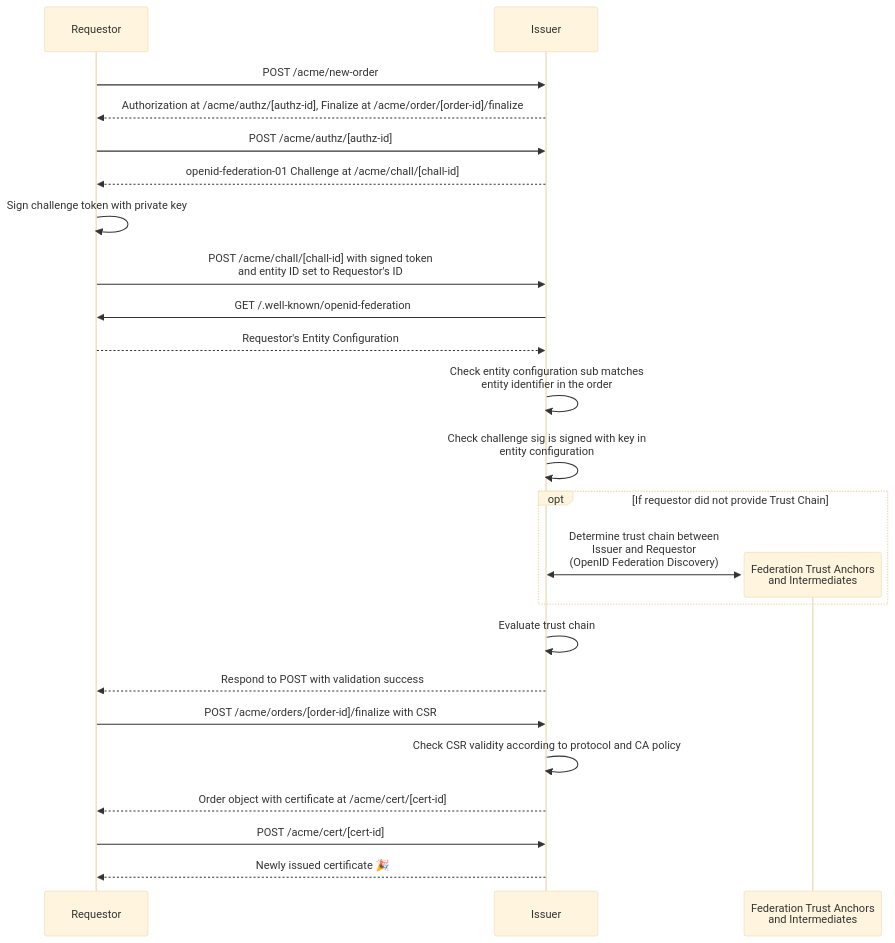
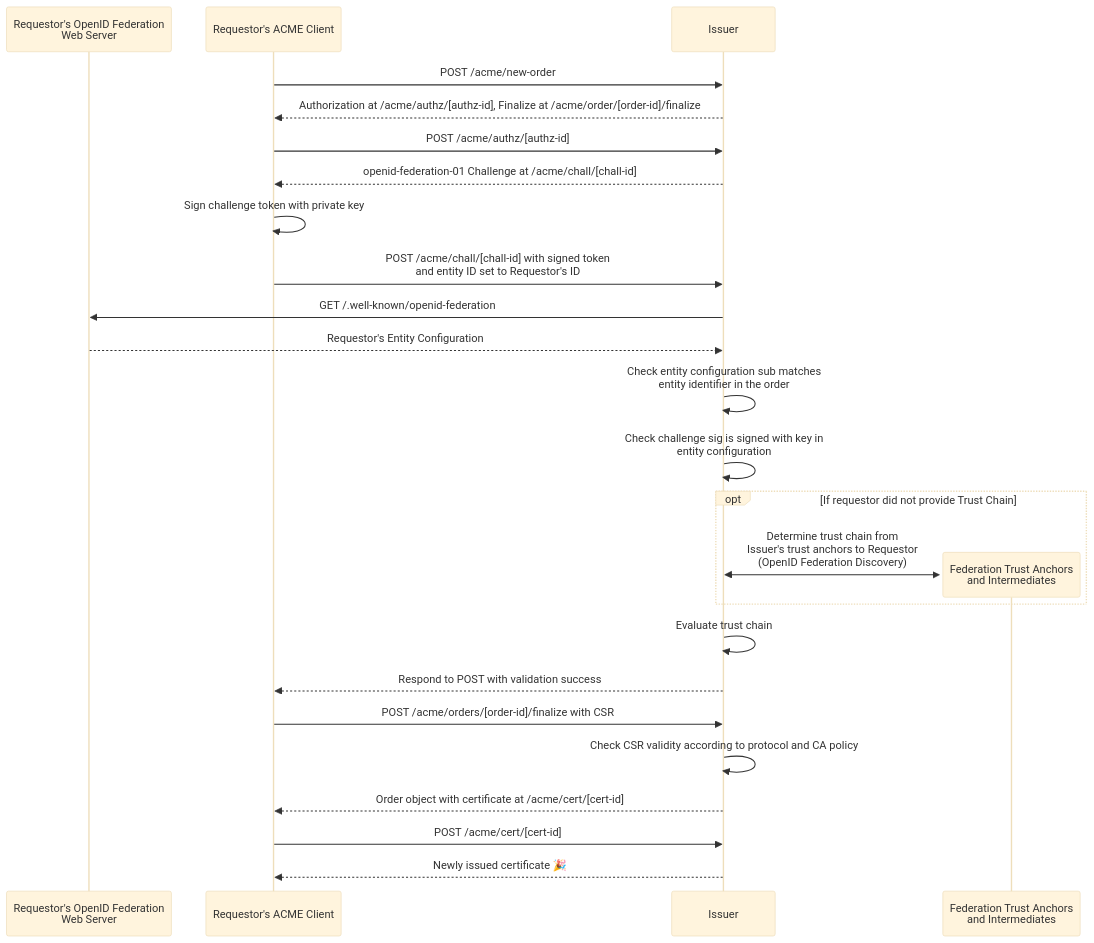
One commit to peppelinux/draft-demarco-acme-openid-federation changed the diagram in draft-demarco-acme-openid-federation.md. Above: the diagram before and after it, drawn with Mermaid (base theme). The commit also changed other lines of this file, not shown here.

Commit message:
PR feedback

````diff
--- a/draft-demarco-acme-openid-federation.md
+++ b/draft-demarco-acme-openid-federation.md
@@ -276,27 +291,28 @@
 ```mermaid
 sequenceDiagram
-  participant R as Requestor
+  participant RF as Requestor's OpenID Federation<br> Web Server
+  participant RC as Requestor's ACME Client
   participant A as Issuer
 
-  R ->> A: POST /acme/new-order
-  A -->> R: Authorization at /acme/authz/[authz-id], Finalize at /acme/order/[order-id]/finalize
-  R ->> A: POST /acme/authz/[authz-id]
-  A -->> R: openid-federation-01 Challenge at /acme/chall/[chall-id]
-  R ->> R: Sign challenge token with private key
-  R ->> A: POST /acme/chall/[chall-id] with signed token<br>and entity ID set to Requestor's ID
-  A ->> R: GET /.well-known/openid-federation
-  R -->> A: Requestor's Entity Configuration
+  RC ->> A: POST /acme/new-order
+  A -->> RC: Authorization at /acme/authz/[authz-id], Finalize at /acme/order/[order-id]/finalize
+  RC ->> A: POST /acme/authz/[authz-id]
+  A -->> RC: openid-federation-01 Challenge at /acme/chall/[chall-id]
+  RC ->> RC: Sign challenge token with private key
+  RC ->> A: POST /acme/chall/[chall-id] with signed token<br>and entity ID set to Requestor's ID
+  A ->> RF: GET /.well-known/openid-federation
+  RF -->> A: Requestor's Entity Configuration
   A ->> A: Check entity configuration sub matches<br>entity identifier in the order
   A ->> A: Check challenge sig is signed with key in<br>entity configuration
   opt If requestor did not provide Trust Chain
     create participant F as Federation Trust Anchors<br>and Intermediates
-    A <<->> F: Determine trust chain between<br>Issuer and Requestor<br>(OpenID Federation Discovery)
+    A <<->> F: Determine trust chain from<br>Issuer's trust anchors to Requestor<br>(OpenID Federation Discovery)
   end
   A ->> A: Evaluate trust chain
-  A -->> R: Respond to POST with validation success
-  R ->> A: POST /acme/orders/[order-id]/finalize with CSR
+  A -->> RC: Respond to POST with validation success
+  RC ->> A: POST /acme/orders/[order-id]/finalize with CSR
   A ->> A: Check CSR validity according to protocol and CA policy
-  A -->> R: Order object with certificate at /acme/cert/[cert-id]
-  R ->> A: POST /acme/cert/[cert-id]
-  A -->> R: Newly issued certificate 🎉
+  A -->> RC: Order object with certificate at /acme/cert/[cert-id]
+  RC ->> A: POST /acme/cert/[cert-id]
+  A -->> RC: Newly issued certificate 🎉
 ```
````
